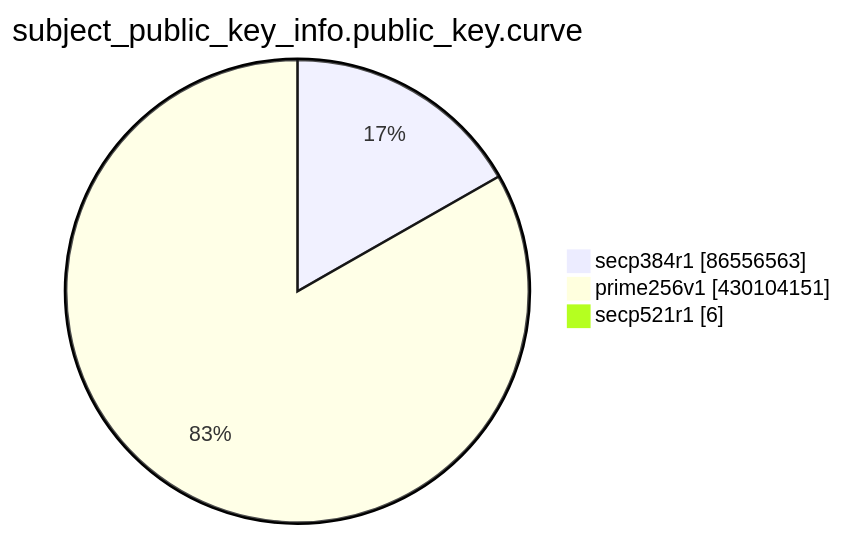
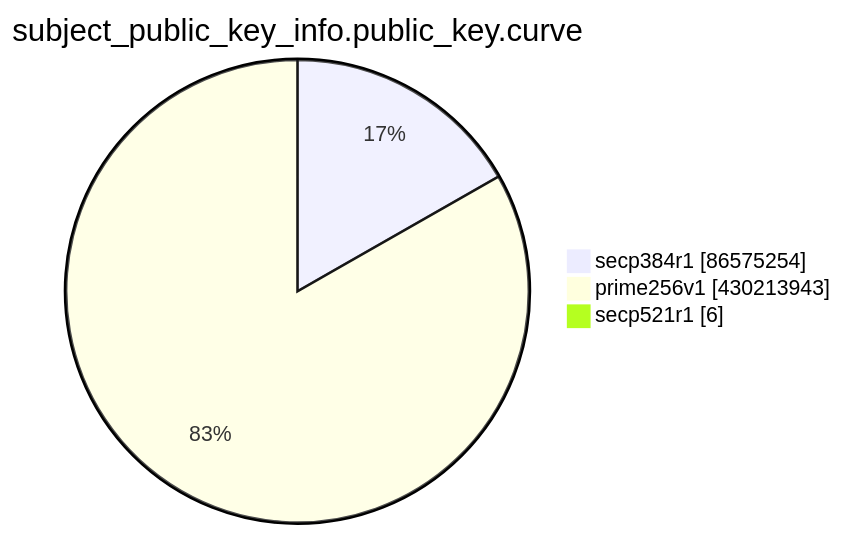
The eighth of 15 diagrams in TOTAL/README.md (christiankrug/ctmonitor_visualization), drawn with Mermaid before and after one commit. The commit also changed other lines of this file, not shown here.

````diff
--- a/TOTAL/README.md
+++ b/TOTAL/README.md
@@ -3100,7 +3100,7 @@
 ```mermaid
 pie showData
 title subject_public_key_info.public_key.curve
-"secp384r1" :86556563
-"prime256v1" :430104151
+"secp384r1" :86575254
+"prime256v1" :430213943
 "secp521r1" :6
 ```
````
